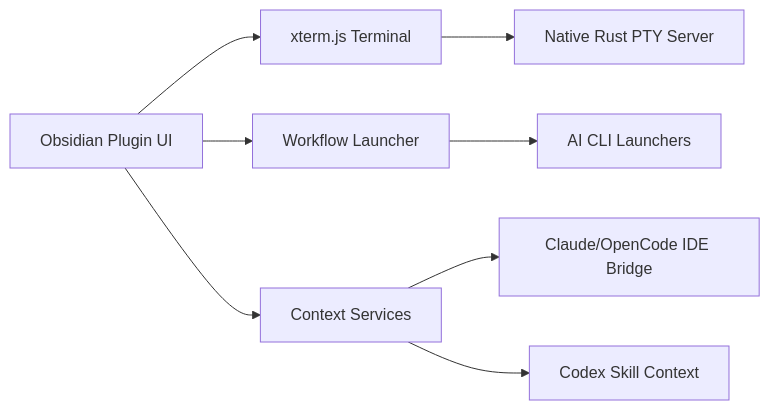
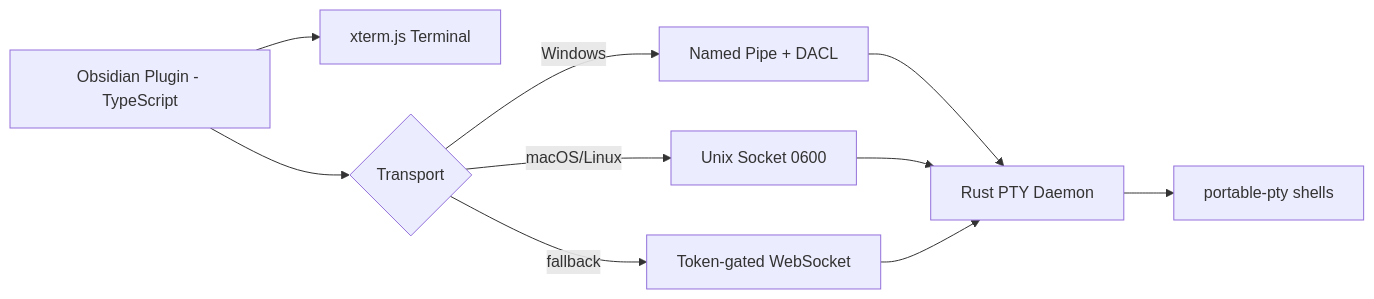
The diagram in README.md (VaibhavAher100/scoria), drawn with Mermaid before and after one commit. The commit also changed other lines of this file and 2 other files, not shown here.

````diff
--- a/README.md
+++ b/README.md
@@ -216,10 +101,12 @@
 ```mermaid
 graph LR
-  A[Obsidian Plugin UI] --> B[xterm.js Terminal]
-  B --> C[Native Rust PTY Server]
-  A --> D[Workflow Launcher]
-  A --> E[Context Services]
-  E --> F[Claude/OpenCode IDE Bridge]
-  E --> G[Codex Skill Context]
-  D --> H[AI CLI Launchers]
+  A[Obsidian Plugin - TypeScript] --> B[xterm.js Terminal]
+  A --> T{Transport}
+  T -->|Windows| P[Named Pipe + DACL]
+  T -->|macOS/Linux| U[Unix Socket 0600]
+  T -->|fallback| W[Token-gated WebSocket]
+  P --> D[Rust PTY Daemon]
+  U --> D
+  W --> D
+  D --> S[portable-pty shells]
 ```
````
